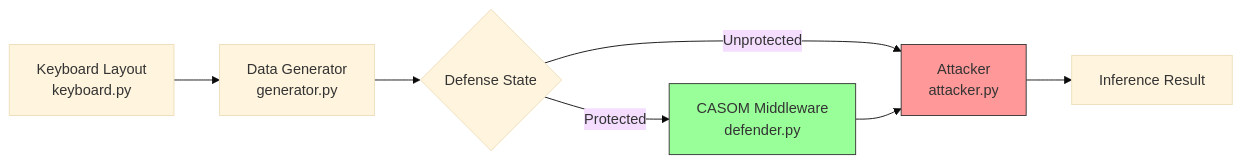
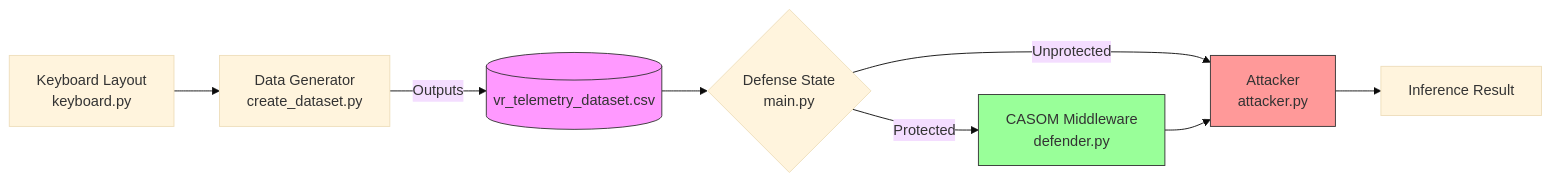
One commit to AzDevops143/CSIEEE changed the second of 2 diagrams in implementation.md. Above: the diagram before and after it, drawn with Mermaid (base theme). The commit also changed other lines of this file and 7 other files, not shown here.

Commit message:
Refactored simulation to use realistic CSV dataset and cleaned up obsolete generator and temporary build files

````diff
--- a/implementation.md
+++ b/implementation.md
@@ -65,12 +65,14 @@
 ```mermaid
 flowchart LR
-    A[Keyboard Layout <br> keyboard.py] --> B[Data Generator <br> generator.py]
-    B --> C{Defense State}
-    C -- Unprotected --> D[Attacker <br> attacker.py]
-    C -- Protected --> E[CASOM Middleware <br> defender.py]
-    E --> D
-    D --> F[Inference Result]
+    A[Keyboard Layout <br> keyboard.py] --> B[Data Generator <br> create_dataset.py]
+    B --> |Outputs| C[(vr_telemetry_dataset.csv)]
+    C --> D{Defense State <br> main.py}
+    D -- Unprotected --> E[Attacker <br> attacker.py]
+    D -- Protected --> F[CASOM Middleware <br> defender.py]
+    F --> E
+    E --> G[Inference Result]
     
-    style E fill:#9f9,stroke:#333
-    style D fill:#f99,stroke:#333
+    style F fill:#9f9,stroke:#333
+    style E fill:#f99,stroke:#333
+    style C fill:#f9f,stroke:#333
 ```
````
